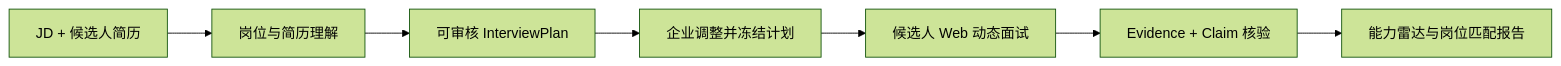
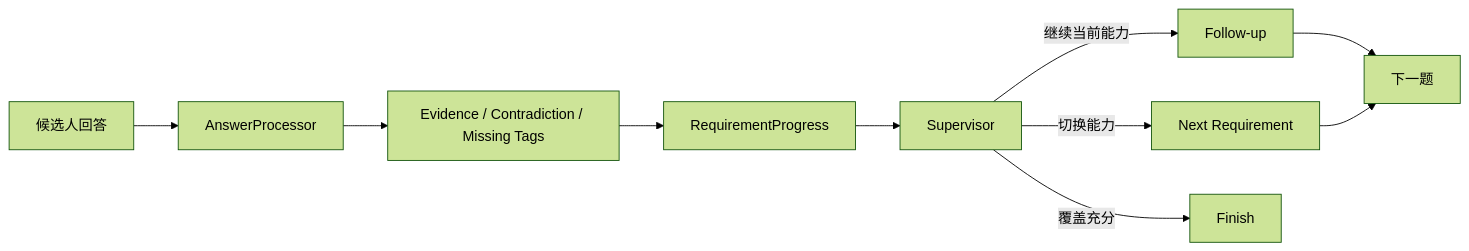
The second of 3 diagrams in README.md (hr-huang/AI_Interview), drawn with Mermaid (forest theme) before and after one commit. The commit also changed other lines of this file, not shown here.

````diff
--- a/README.md
+++ b/README.md
@@ -11,9 +104,12 @@
 ```mermaid
 flowchart LR
-    A["JD + 候选人简历"] --> B["岗位与简历理解"]
-    B --> C["可审核 InterviewPlan"]
-    C --> D["企业调整并冻结计划"]
-    D --> E["候选人 Web 动态面试"]
-    E --> F["Evidence + Claim 核验"]
-    F --> G["能力雷达与岗位匹配报告"]
+    A[候选人回答] --> B[AnswerProcessor]
+    B --> C[Evidence / Contradiction / Missing Tags]
+    C --> D[RequirementProgress]
+    D --> E[Supervisor]
+    E -->|继续当前能力| F[Follow-up]
+    E -->|切换能力| G[Next Requirement]
+    E -->|覆盖充分| H[Finish]
+    F --> I[下一题]
+    G --> I
 ```
````
